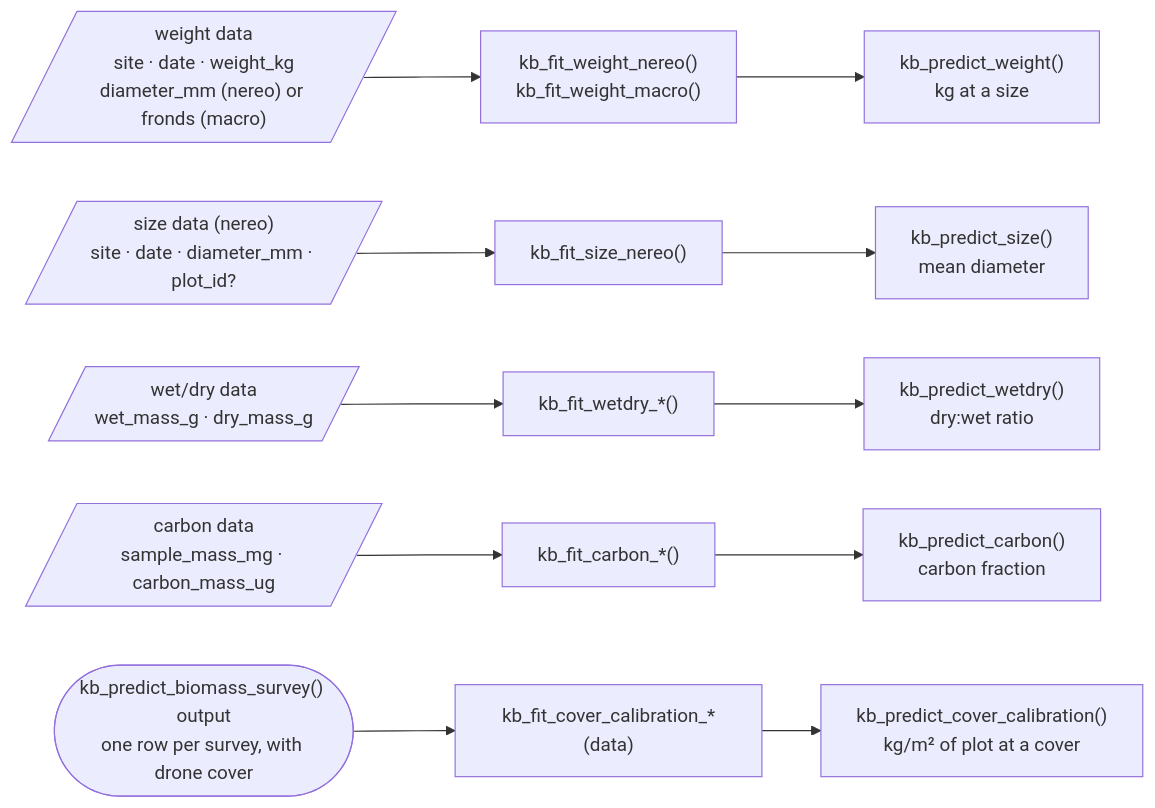
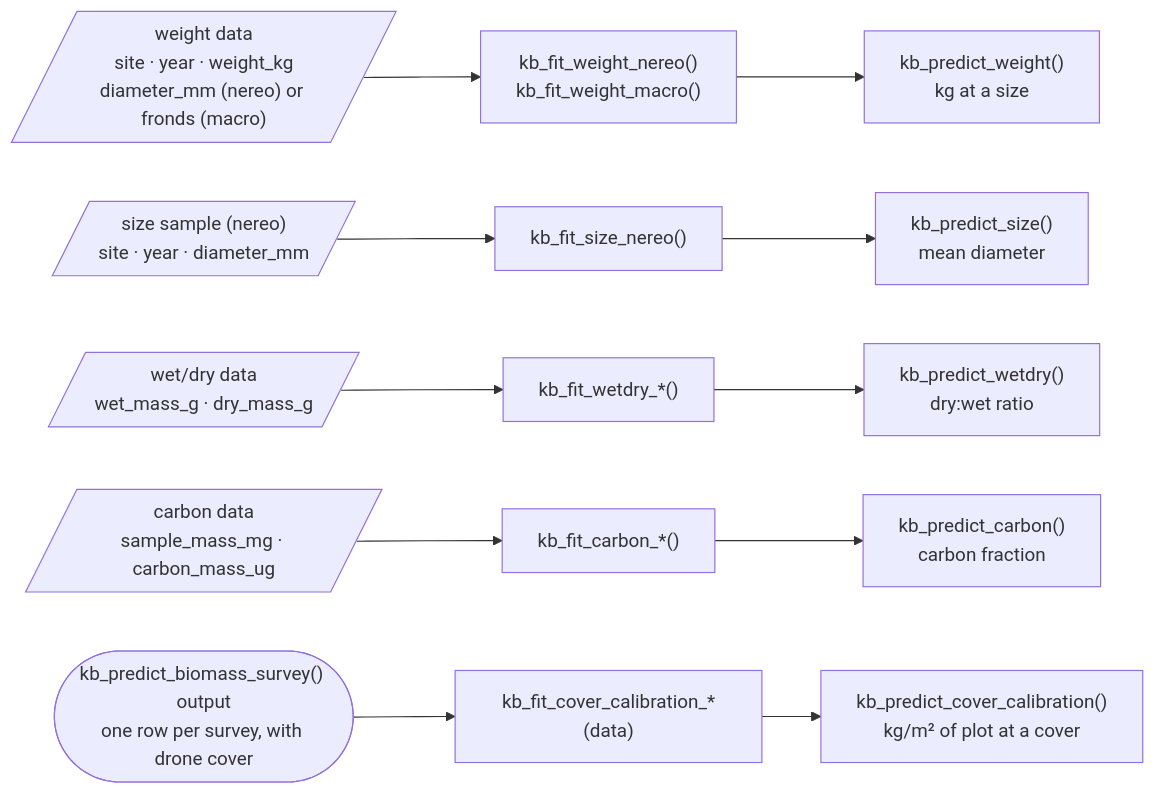
One commit to HakaiInstitute/kelpbio changed the first of 3 diagrams in decisions/architecture.md. Above: the diagram before and after it, drawn with Mermaid. The commit also changed other lines of this file and 104 other files, not shown here.

First line of the commit message:
Key surveys by survey_id and take year instead of date

````diff
--- a/decisions/architecture.md
+++ b/decisions/architecture.md
@@ -36,8 +36,8 @@
 ```mermaid
 flowchart LR
-    DW[/"weight data<br/>site · date · weight_kg<br/>diameter_mm (nereo) or fronds (macro)"/] --> FW["kb_fit_weight_nereo()<br/>kb_fit_weight_macro()"] --> MW["kb_predict_weight()<br/>kg at a size"]
-    DS[/"size data (nereo)<br/>site · date · diameter_mm · plot_id?"/] --> FS["kb_fit_size_nereo()"] --> MS["kb_predict_size()<br/>mean diameter"]
+    DW[/"weight data<br/>site · year · weight_kg<br/>diameter_mm (nereo) or fronds (macro)"/] --> FW["kb_fit_weight_nereo()<br/>kb_fit_weight_macro()"] --> MW["kb_predict_weight()<br/>kg at a size"]
+    DS[/"size sample (nereo)<br/>site · year · diameter_mm"/] --> FS["kb_fit_size_nereo()"] --> MS["kb_predict_size()<br/>mean diameter"]
     DWD[/"wet/dry data<br/>wet_mass_g · dry_mass_g"/] --> FWD["kb_fit_wetdry_*()"] --> MWD["kb_predict_wetdry()<br/>dry:wet ratio"]
     DC[/"carbon data<br/>sample_mass_mg · carbon_mass_ug"/] --> FC["kb_fit_carbon_*()"] --> MC["kb_predict_carbon()<br/>carbon fraction"]
     BIO(["kb_predict_biomass_survey() output<br/>one row per survey, with drone cover"]) --> FCC["kb_fit_cover_calibration_*(data)"] --> MCC["kb_predict_cover_calibration()<br/>kg/m² of plot at a cover"]
 ```
````
